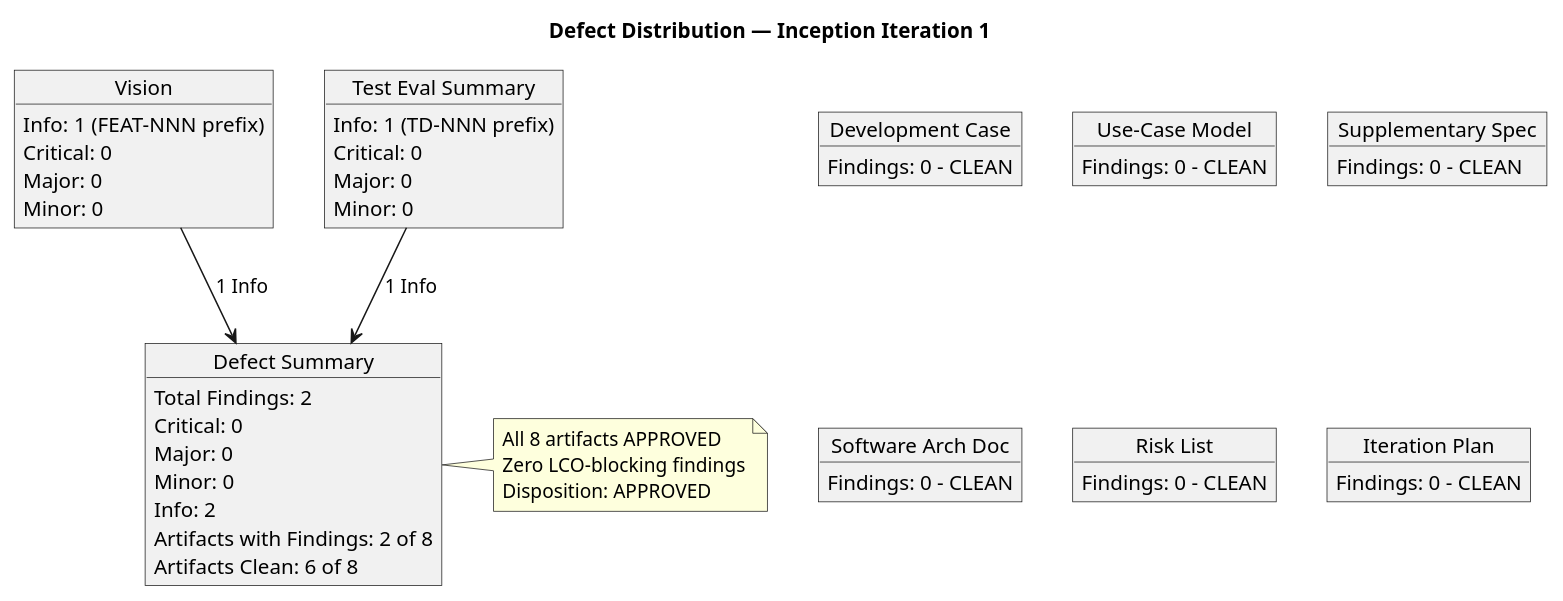
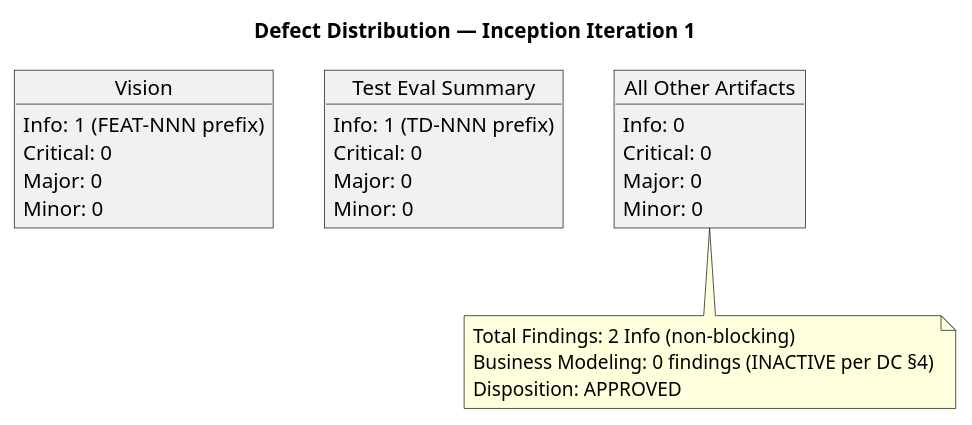
The second of 3 diagrams in docs/artifacts/project-management/review-record.md (banense-test/portal-cuba-corp), drawn with PlantUML before and after one commit. The commit also changed other lines of this file, not shown here.

First line of the commit message:
Business Reviewer [I1]: upsert Review Record

````diff
--- a/docs/artifacts/project-management/review-record.md
+++ b/docs/artifacts/project-management/review-record.md
@@ -136,63 +135,33 @@
 ```plantuml
 @startuml
 title Defect Distribution — Inception Iteration 1
 
 object "Vision" as V {
   Info: 1 (FEAT-NNN prefix)
   Critical: 0
   Major: 0
   Minor: 0
 }
 
 object "Test Eval Summary" as T {
   Info: 1 (TD-NNN prefix)
   Critical: 0
   Major: 0
   Minor: 0
 }
 
-object "Development Case" as DC {
-  Findings: 0 - CLEAN
-}
-
-object "Use-Case Model" as UCM {
-  Findings: 0 - CLEAN
-}
-
-object "Supplementary Spec" as SUP {
-  Findings: 0 - CLEAN
-}
-
-object "Software Arch Doc" as SAD {
-  Findings: 0 - CLEAN
-}
-
-object "Risk List" as RSK {
-  Findings: 0 - CLEAN
-}
-
-object "Iteration Plan" as ITP {
-  Findings: 0 - CLEAN
-}
-
-object "Defect Summary" as SUM {
-  Total Findings: 2
+object "All Other Artifacts" as O {
+  Info: 0
   Critical: 0
   Major: 0
   Minor: 0
-  Info: 2
-  Artifacts with Findings: 2 of 8
-  Artifacts Clean: 6 of 8
 }
 
-V --> SUM : 1 Info
-T --> SUM : 1 Info
-
-note right of SUM
-  All 8 artifacts APPROVED
-  Zero LCO-blocking findings
+note bottom
+  Total Findings: 2 Info (non-blocking)
+  Business Modeling: 0 findings (INACTIVE per DC §4)
   Disposition: APPROVED
 end note
 
 @enduml
 ```
````
